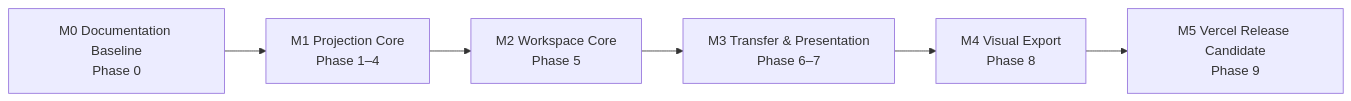
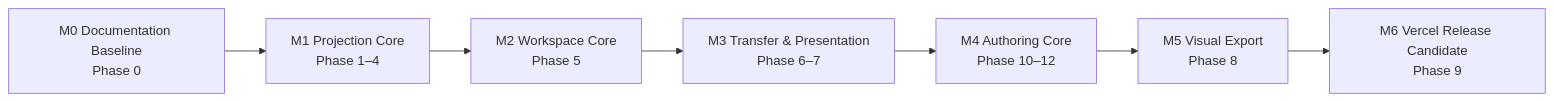
The diagram in docs/development-roadmap.md (dayaa-arch/granvas), drawn with Mermaid before and after one commit. The commit also changed other lines of this file and 43 other files, not shown here.

````diff
--- a/docs/development-roadmap.md
+++ b/docs/development-roadmap.md
@@ -20,8 +22,9 @@
 ```mermaid
 flowchart LR
     M0["M0 Documentation Baseline<br/>Phase 0"] --> M1["M1 Projection Core<br/>Phase 1–4"]
     M1 --> M2["M2 Workspace Core<br/>Phase 5"]
     M2 --> M3["M3 Transfer & Presentation<br/>Phase 6–7"]
-    M3 --> M4["M4 Visual Export<br/>Phase 8"]
-    M4 --> M5["M5 Vercel Release Candidate<br/>Phase 9"]
+    M3 --> M4["M4 Authoring Core<br/>Phase 10–12"]
+    M4 --> M5["M5 Visual Export<br/>Phase 8"]
+    M5 --> M6["M6 Vercel Release Candidate<br/>Phase 9"]
 ```
````
